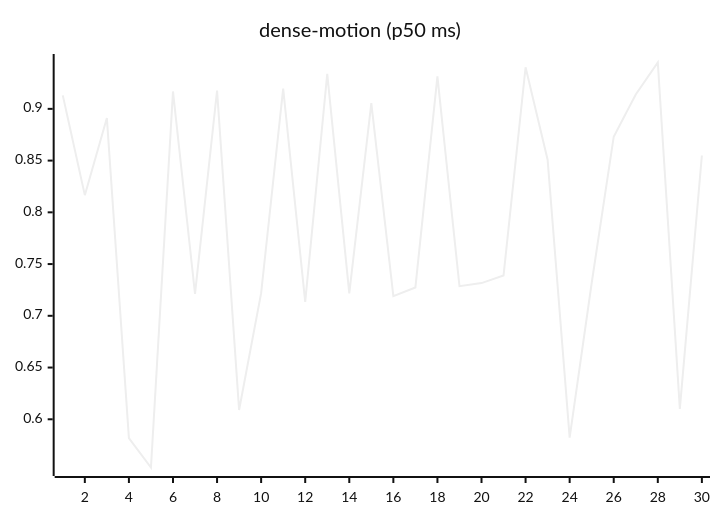
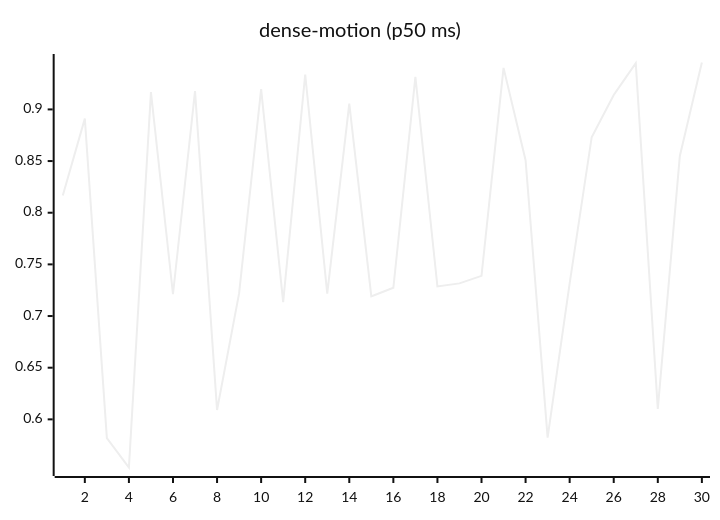
The ninth of 27 diagrams in README.md (josha/Facet), drawn with Mermaid (neutral theme) before and after one commit. The commit also changed other lines of this file and 2 other files, not shown here.

````diff
--- a/README.md
+++ b/README.md
@@ -119,6 +119,6 @@
 ```mermaid
 xychart-beta
     title "dense-motion (p50 ms)"
     x-axis 1 --> 30
-    line [0.9130, 0.8166, 0.8911, 0.5818, 0.5534, 0.9168, 0.7211, 0.9177, 0.6090, 0.7219, 0.9196, 0.7134, 0.9338, 0.7216, 0.9055, 0.7190, 0.7274, 0.9314, 0.7286, 0.7316, 0.7389, 0.9402, 0.8508, 0.5823, 0.7317, 0.8731, 0.9139, 0.9448, 0.6101, 0.8549]
+    line [0.8166, 0.8911, 0.5818, 0.5534, 0.9168, 0.7211, 0.9177, 0.6090, 0.7219, 0.9196, 0.7134, 0.9338, 0.7216, 0.9055, 0.7190, 0.7274, 0.9314, 0.7286, 0.7316, 0.7389, 0.9402, 0.8508, 0.5823, 0.7317, 0.8731, 0.9139, 0.9448, 0.6101, 0.8549, 0.9454]
 ```
````
